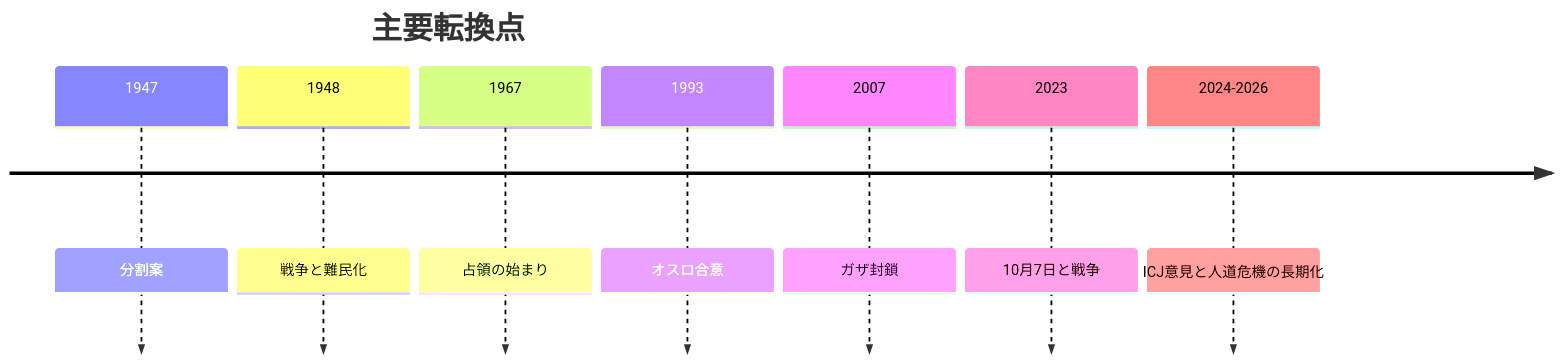
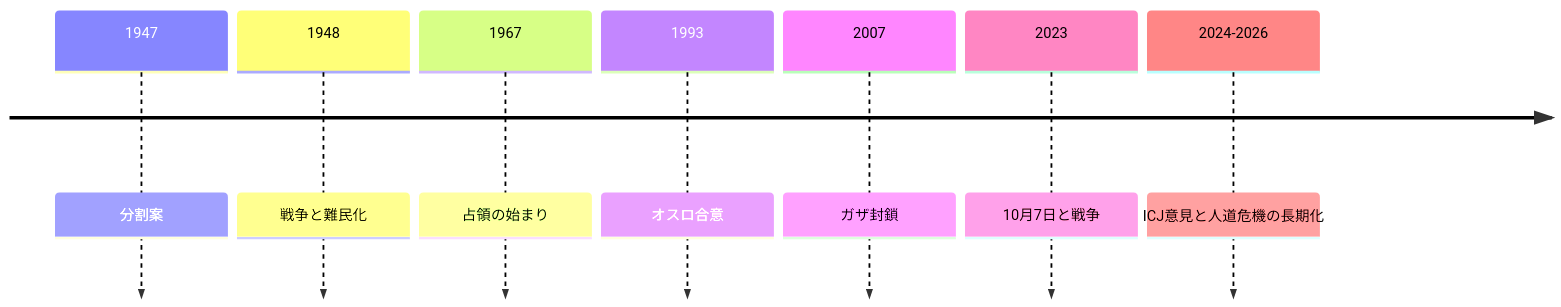
The second of 3 diagrams in articles/report/israel-palestine-civilian-perspectives/ja/index.mdx (daylight55/research), drawn with Mermaid before and after one commit. The commit also changed other lines of this file and 181 other files, not shown here.

First line of the commit message:
全記事の図解368点を再生成し、共通注意書きを削除 (#402)

````diff
--- a/articles/report/israel-palestine-civilian-perspectives/ja/index.mdx
+++ b/articles/report/israel-palestine-civilian-perspectives/ja/index.mdx
@@ -55,11 +62,14 @@
 ```mermaid
 timeline
-    title 主要転換点
+  accTitle: 分割案から占領・和平交渉・ガザの危機へ
+  accDescr: 領土、難民、占領、自治、封鎖、人道危機が形成された節目を年代で確認する。
+  accTitle: 分割案から占領・和平交渉・ガザの危機へ
+  accDescr: 領土、難民、占領、自治、封鎖、人道危機が形成された節目を年代で確認する。
     1947 : 分割案
     1948 : 戦争と難民化
     1967 : 占領の始まり
     1993 : オスロ合意
     2007 : ガザ封鎖
     2023 : 10月7日と戦争
     2024-2026 : ICJ意見と人道危機の長期化
 ```
````
